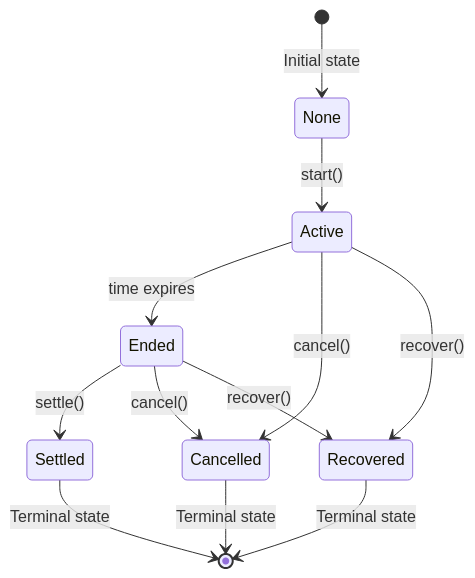
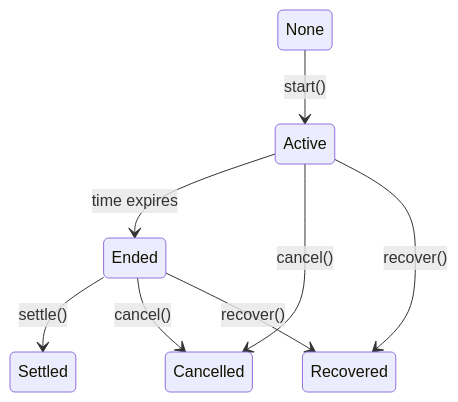
Before and after one commit to farcasterxyz/collectible-casts: the diagram in README.md, drawn with Mermaid. The commit also changed other lines of this file, not shown here.

````diff
--- a/README.md
+++ b/README.md
@@ -75,14 +75,10 @@
 ```mermaid
 stateDiagram-v2
-    [*] --> None: Initial state
     None --> Active: start()
     Active --> Ended: time expires
     Active --> Cancelled: cancel()
     Active --> Recovered: recover()
     Ended --> Settled: settle()
     Ended --> Cancelled: cancel()
     Ended --> Recovered: recover()
-    Settled --> [*]: Terminal state
-    Cancelled --> [*]: Terminal state
-    Recovered --> [*]: Terminal state
 ```
````
